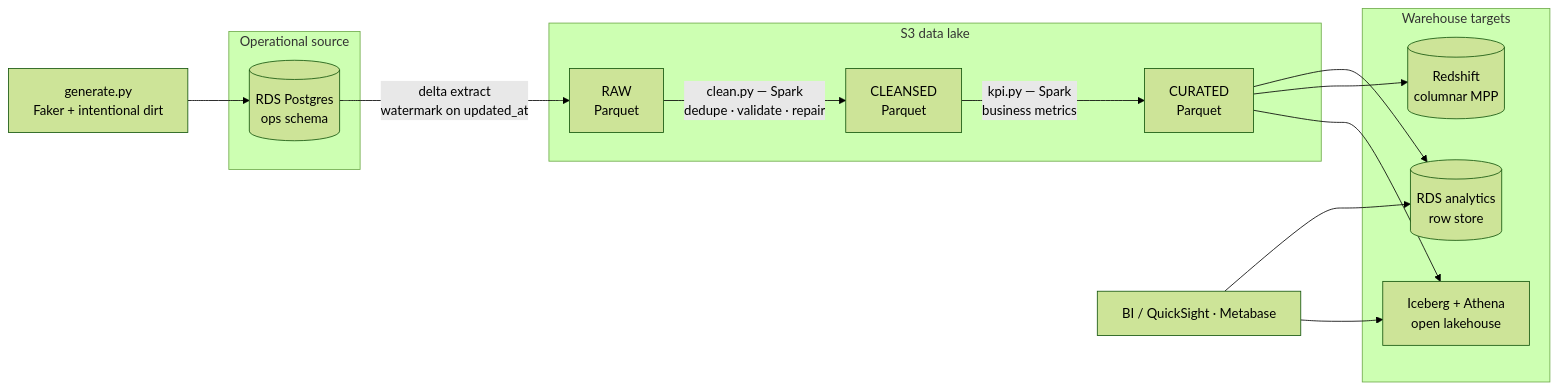
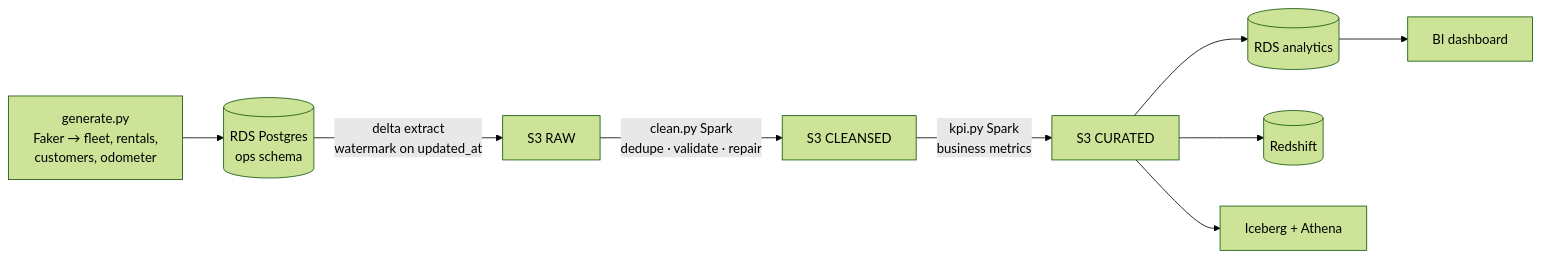
Before and after one commit to MatheusSabaudo/DriveFlow-Car-Rental-Pipeline: the diagram in README.md, drawn with Mermaid (forest theme). The commit also changed other lines of this file, not shown here.

````diff
--- a/README.md
+++ b/README.md
@@ -33,26 +41,11 @@
 ```mermaid
 flowchart LR
-    subgraph SRC["Operational source"]
-        RDS[(RDS Postgres<br/>ops schema)]
-    end
-    subgraph LAKE["S3 data lake"]
-        RAW[RAW<br/>Parquet]
-        CLN[CLEANSED<br/>Parquet]
-        CUR[CURATED<br/>Parquet]
-    end
-    subgraph WH["Warehouse targets"]
-        ANL[(RDS analytics<br/>row store)]
-        RS[(Redshift<br/>columnar MPP)]
-        ICE[Iceberg + Athena<br/>open lakehouse]
-    end
-
-    GEN[generate.py<br/>Faker + intentional dirt] --> RDS
-    RDS -->|"delta extract<br/>watermark on updated_at"| RAW
-    RAW -->|"clean.py — Spark<br/>dedupe · validate · repair"| CLN
-    CLN -->|"kpi.py — Spark<br/>business metrics"| CUR
-    CUR --> ANL
-    CUR --> RS
-    CUR --> ICE
-    BI[BI / QuickSight · Metabase] --> ANL
-    BI --> ICE
+    GEN[generate.py<br/>Faker → fleet, rentals,<br/>customers, odometer] --> RDS[(RDS Postgres<br/>ops schema)]
+    RDS -->|delta extract<br/>watermark on updated_at| RAW[S3 RAW]
+    RAW -->|clean.py Spark<br/>dedupe · validate · repair| CLN[S3 CLEANSED]
+    CLN -->|kpi.py Spark<br/>business metrics| CUR[S3 CURATED]
+    CUR --> ANL[(RDS analytics)]
+    CUR --> RS[(Redshift)]
+    CUR --> ICE[Iceberg + Athena]
+    ANL --> BI[BI dashboard]
 ```
````
